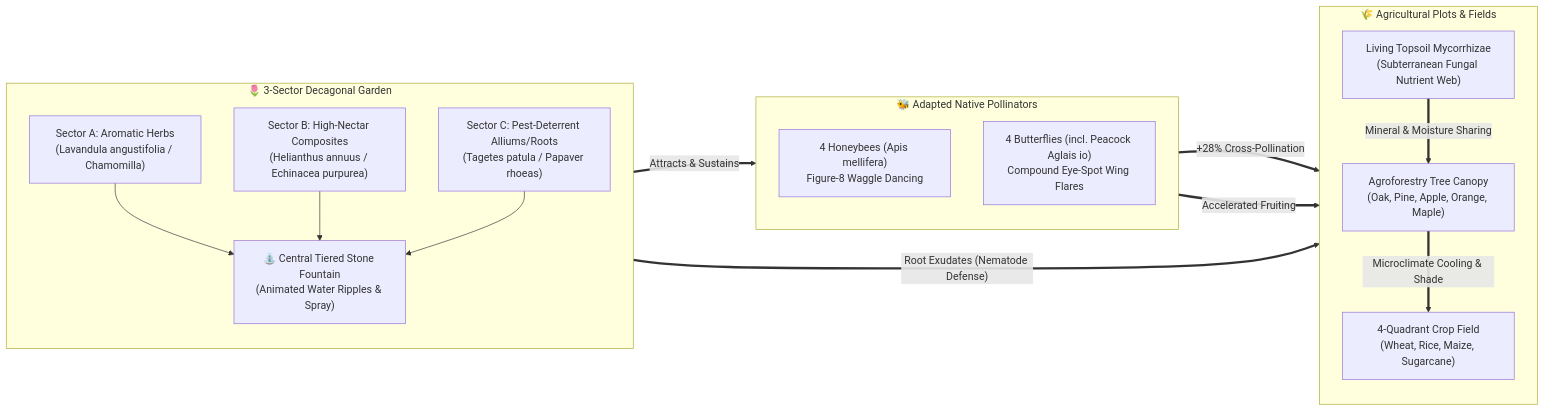
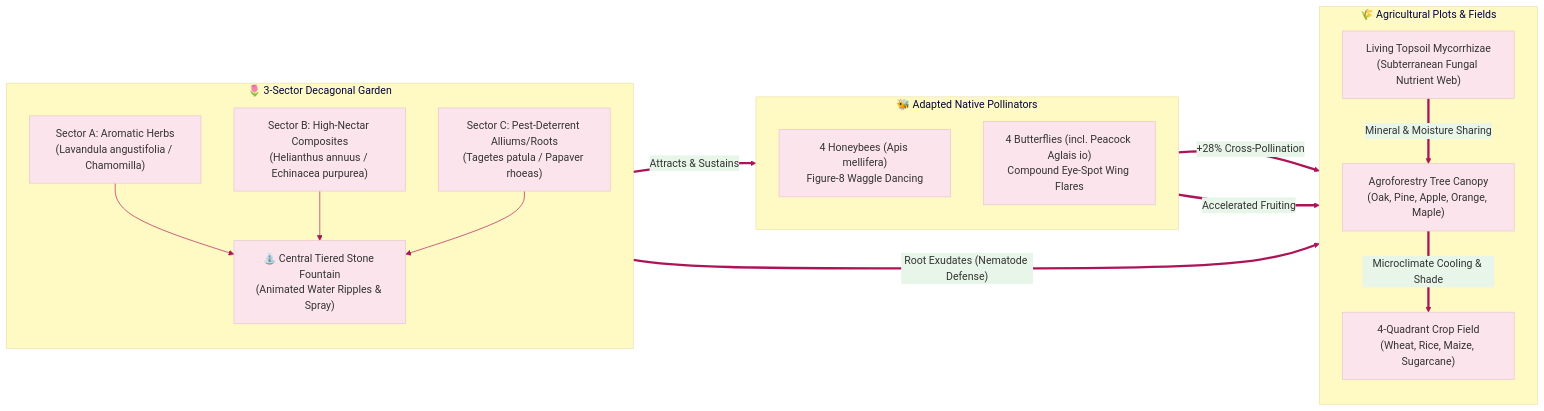
Before and after one commit to mishu-anik23/searchO2: the fourth of 13 diagrams in README.md, drawn with Mermaid. The commit also changed other lines of this file, not shown here.

First line of the commit message:
docs(readme): add layered 3D Mermaid workflows for farm, OxyForge, and backend

````diff
--- a/README.md
+++ b/README.md
@@ -257,32 +325,33 @@
 ```mermaid
+%%{init: {'theme':'base', 'themeVariables': { 'primaryColor':'#FCE4EC','secondaryColor':'#E8F5E9','tertiaryColor':'#FFF9C4','lineColor':'#AD1457'}}}%%
 flowchart LR
     subgraph FlowerGuild ["🌷 3-Sector Decagonal Garden"]
         direction TB
         SEC_A["Sector A: Aromatic Herbs<br/>(Lavandula angustifolia / Chamomilla)"]
         SEC_B["Sector B: High-Nectar Composites<br/>(Helianthus annuus / Echinacea purpurea)"]
         SEC_C["Sector C: Pest-Deterrent Alliums/Roots<br/>(Tagetes patula / Papaver rhoeas)"]
         FOUNT["⛲ Central Tiered Stone Fountain<br/>(Animated Water Ripples & Spray)"]
     end
 
     subgraph InsectaryFauna ["🐝 Adapted Native Pollinators"]
         direction TB
         BEES["4 Honeybees (Apis mellifera)<br/>Figure-8 Waggle Dancing"]
         BFLY["4 Butterflies (incl. Peacock Aglais io)<br/>Compound Eye-Spot Wing Flares"]
     end
 
     subgraph CropCanopy ["🌾 Agricultural Plots & Fields"]
         direction TB
         CANOPY["Agroforestry Tree Canopy<br/>(Oak, Pine, Apple, Orange, Maple)"]
         QUAD["4-Quadrant Crop Field<br/>(Wheat, Rice, Maize, Sugarcane)"]
         SOIL["Living Topsoil Mycorrhizae<br/>(Subterranean Fungal Nutrient Web)"]
     end
 
     SEC_A & SEC_B & SEC_C --> FOUNT
     FlowerGuild ==>|Attracts & Sustains| InsectaryFauna
     
     InsectaryFauna == +28% Cross-Pollination ==> CANOPY
     InsectaryFauna == Accelerated Fruiting ==> QUAD
     SEC_C == Root Exudates (Nematode Defense) ==> SOIL
     CANOPY == Microclimate Cooling & Shade ==> QUAD
     SOIL == Mineral & Moisture Sharing ==> CANOPY
 ```
````
